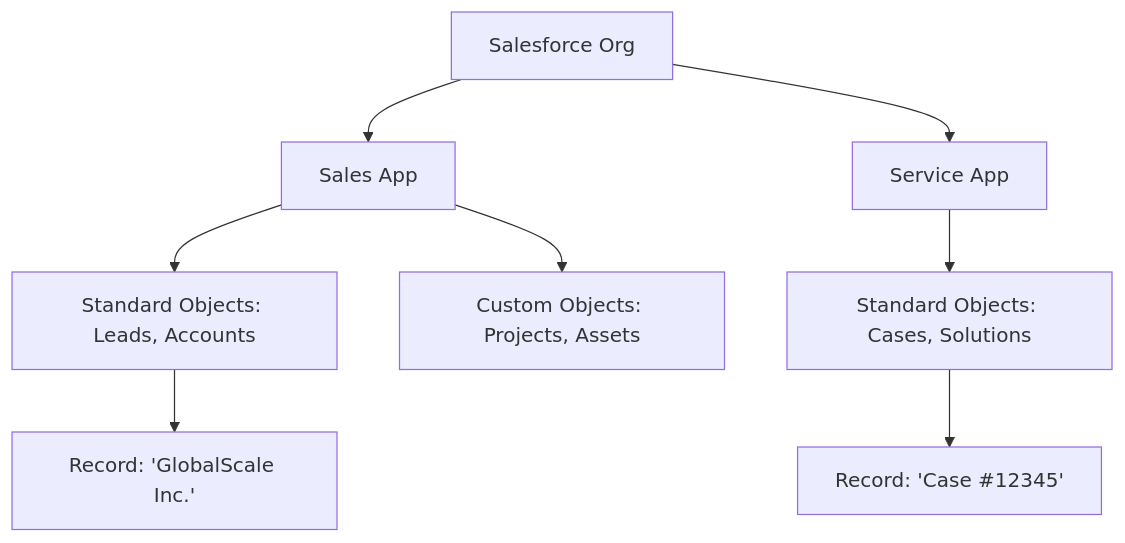
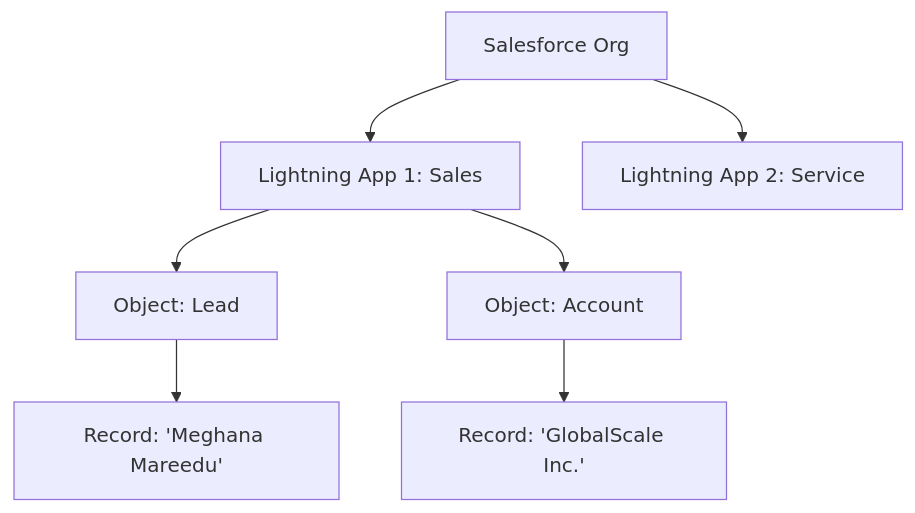
One commit to MeghanaMareedu13/Salesforce-Architecture-Enterprise-Fundamentals changed the diagram in README.md. Above: the diagram before and after it, drawn with Mermaid. The commit also changed other lines of this file, not shown here.

Commit message:
docs: strictly focus Day 1 on CRM concepts, architecture hierarchy, and developer org setup

````diff
--- a/README.md
+++ b/README.md
@@ -25,10 +25,9 @@
 ```mermaid
 graph TD
-    A[Salesforce Org] --> B[Sales App]
-    A --> C[Service App]
-    B --> D[Standard Objects: Leads, Accounts]
-    C --> E[Standard Objects: Cases, Solutions]
-    B --> F[Custom Objects: Projects, Assets]
-    D --> G[Record: 'GlobalScale Inc.']
-    E --> H[Record: 'Case #12345']
+    A[Salesforce Org] --> B[Lightning App 1: Sales]
+    A --> C[Lightning App 2: Service]
+    B --> D[Object: Lead]
+    B --> E[Object: Account]
+    D --> F[Record: 'Meghana Mareedu']
+    E --> G[Record: 'GlobalScale Inc.']
 ```
````
